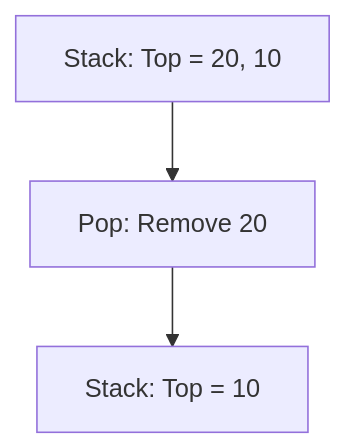
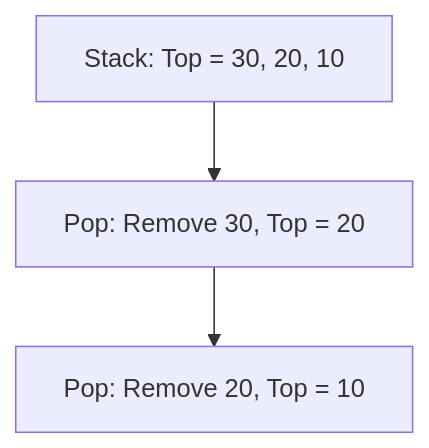
The third of 5 diagrams in DSA-C/Chapter 3 - Stack/00_Stack_Notes.md (XE0N-Eg0/DSA-C), drawn with Mermaid before and after one commit. The commit also changed other lines of this file, not shown here.

````diff
--- a/DSA-C/Chapter 3 - Stack/00_Stack_Notes.md
+++ b/DSA-C/Chapter 3 - Stack/00_Stack_Notes.md
@@ -75,5 +77,5 @@
 ```mermaid
-graph TD
-    A[Stack: Top = 20, 10] --> B[Pop: Remove 20]
-    B --> C[Stack: Top = 10]
+graph TB
+    FullStack[Stack: Top = 30, 20, 10] --> Remove30[Pop: Remove 30, Top = 20]
+    Remove30 --> Remove20[Pop: Remove 20, Top = 10]
 ```
````
